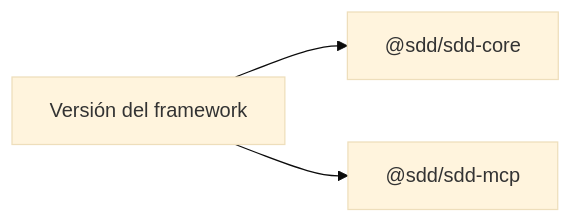
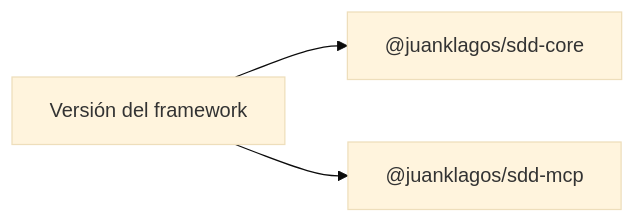
Before and after one commit to juanklagos/spec-driven-development-template: the diagram in docs/es/37-estrategia-versionado.md, drawn with Mermaid (base theme). The commit also changed other lines of this file and 14 other files, not shown here.

````diff
--- a/docs/es/37-estrategia-versionado.md
+++ b/docs/es/37-estrategia-versionado.md
@@ -9,5 +9,5 @@
 ```mermaid
 flowchart LR
-  A["Versión del framework"] --> B["@sdd/sdd-core"]
-  A --> C["@sdd/sdd-mcp"]
+  A["Versión del framework"] --> B["@juanklagos/sdd-core"]
+  A --> C["@juanklagos/sdd-mcp"]
 ```
````
